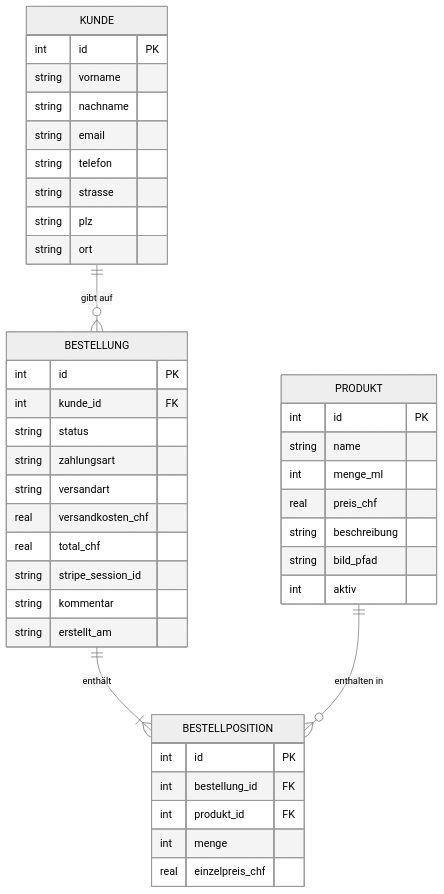
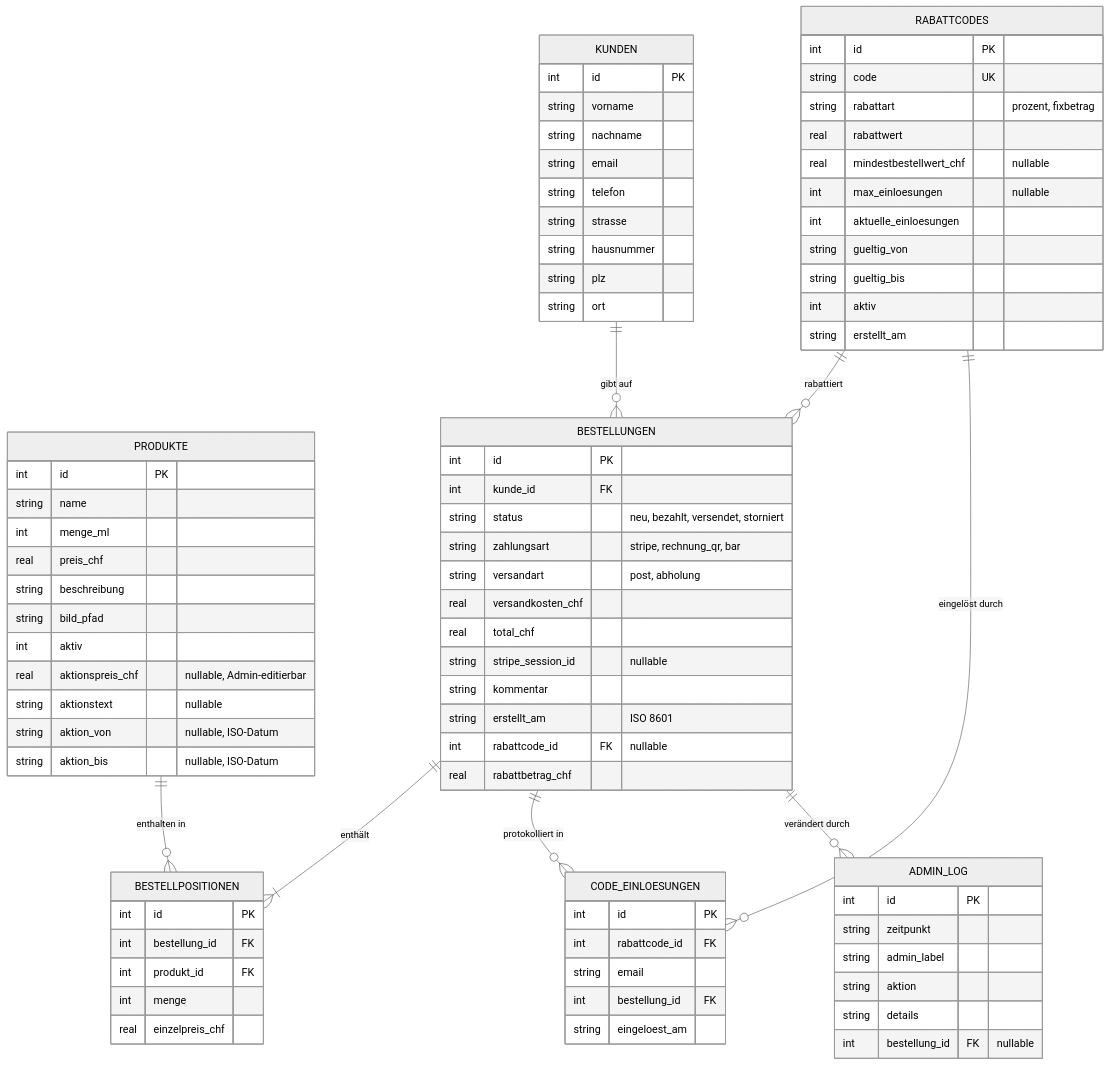
One commit to konstantinniedermann/olivalle-webshop changed the diagram in docs/datenbankschema.md. Above: the diagram before and after it, drawn with Mermaid (neutral theme). The commit also changed other lines of this file and 1 other file, not shown here.

Commit message:
docs: Datenbankschema auf 7 Tabellen + Aktions-/Rabatt-Spalten korrigieren

````diff
--- a/docs/datenbankschema.md
+++ b/docs/datenbankschema.md
@@ -7,6 +9,6 @@
 ```mermaid
 erDiagram
-    PRODUKT {
+    PRODUKTE {
         int id PK
         string name
         int menge_ml
@@ -14,33 +16,40 @@
         string beschreibung
         string bild_pfad
         int aktiv
+        real aktionspreis_chf "nullable, Admin-editierbar"
+        string aktionstext "nullable"
+        string aktion_von "nullable, ISO-Datum"
+        string aktion_bis "nullable, ISO-Datum"
     }
 
-    KUNDE {
+    KUNDEN {
         int id PK
         string vorname
         string nachname
         string email
         string telefon
         string strasse
+        string hausnummer
         string plz
         string ort
     }
 
-    BESTELLUNG {
+    BESTELLUNGEN {
         int id PK
         int kunde_id FK
-        string status
-        string zahlungsart
-        string versandart
+        string status "neu, bezahlt, versendet, storniert"
+        string zahlungsart "stripe, rechnung_qr, bar"
+        string versandart "post, abholung"
         real versandkosten_chf
         real total_chf
-        string stripe_session_id
+        string stripe_session_id "nullable"
         string kommentar
-        string erstellt_am
+        string erstellt_am "ISO 8601"
+        int rabattcode_id FK "nullable"
+        real rabattbetrag_chf
     }
 
-    BESTELLPOSITION {
+    BESTELLPOSITIONEN {
         int id PK
         int bestellung_id FK
         int produkt_id FK
@@ -48,7 +57,42 @@
         real einzelpreis_chf
     }
 
-    KUNDE ||--o{ BESTELLUNG : "gibt auf"
-    BESTELLUNG ||--|{ BESTELLPOSITION : "enthält"
-    PRODUKT ||--o{ BESTELLPOSITION : "enthalten in"
+    RABATTCODES {
+        int id PK
+        string code UK
+        string rabattart "prozent, fixbetrag"
+        real rabattwert
+        real mindestbestellwert_chf "nullable"
+        int max_einloesungen "nullable"
+        int aktuelle_einloesungen
+        string gueltig_von
+        string gueltig_bis
+        int aktiv
+        string erstellt_am
+    }
+
+    CODE_EINLOESUNGEN {
+        int id PK
+        int rabattcode_id FK
+        string email
+        int bestellung_id FK
+        string eingeloest_am
+    }
+
+    ADMIN_LOG {
+        int id PK
+        string zeitpunkt
+        string admin_label
+        string aktion
+        string details
+        int bestellung_id FK "nullable"
+    }
+
+    KUNDEN ||--o{ BESTELLUNGEN : "gibt auf"
+    BESTELLUNGEN ||--|{ BESTELLPOSITIONEN : "enthält"
+    PRODUKTE ||--o{ BESTELLPOSITIONEN : "enthalten in"
+    RABATTCODES ||--o{ BESTELLUNGEN : "rabattiert"
+    RABATTCODES ||--o{ CODE_EINLOESUNGEN : "eingelöst durch"
+    BESTELLUNGEN ||--o{ CODE_EINLOESUNGEN : "protokolliert in"
+    BESTELLUNGEN ||--o{ ADMIN_LOG : "verändert durch"
 ```
````
